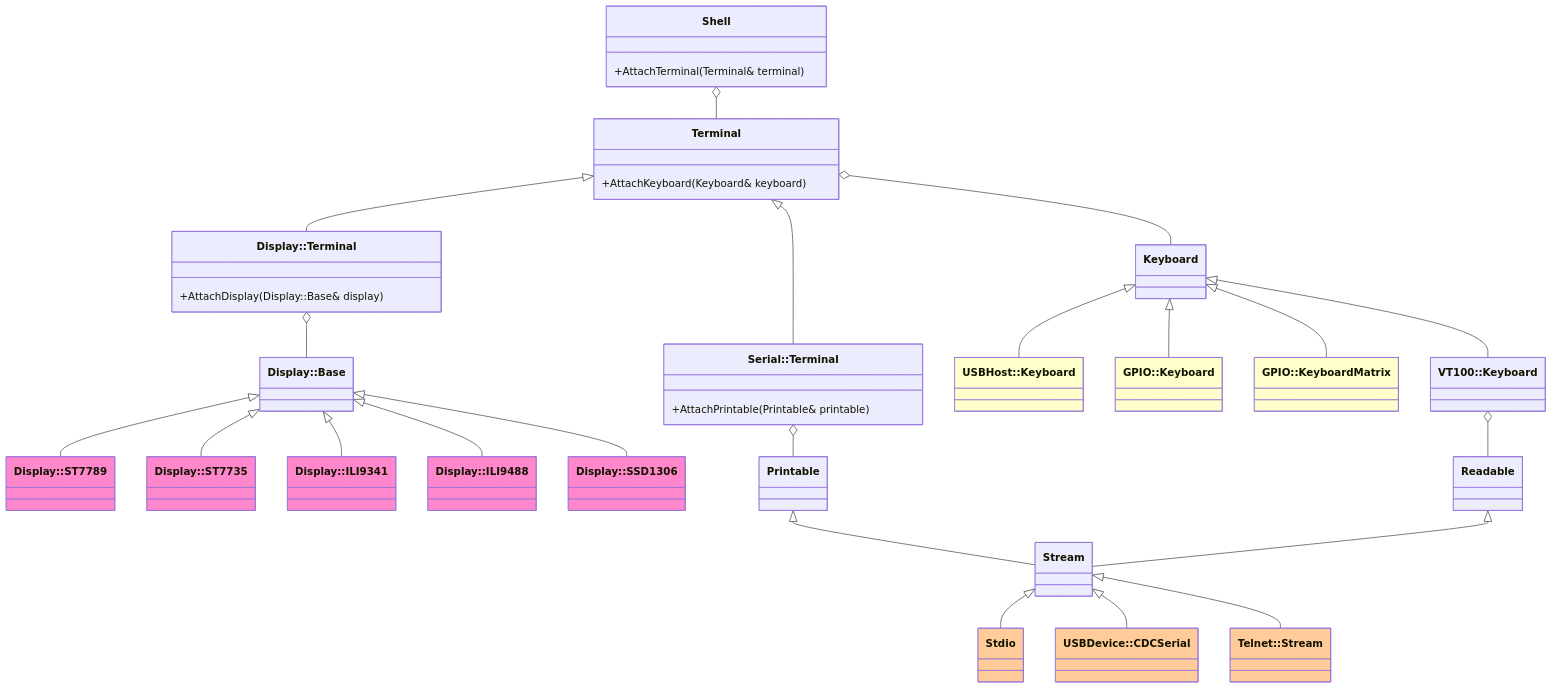
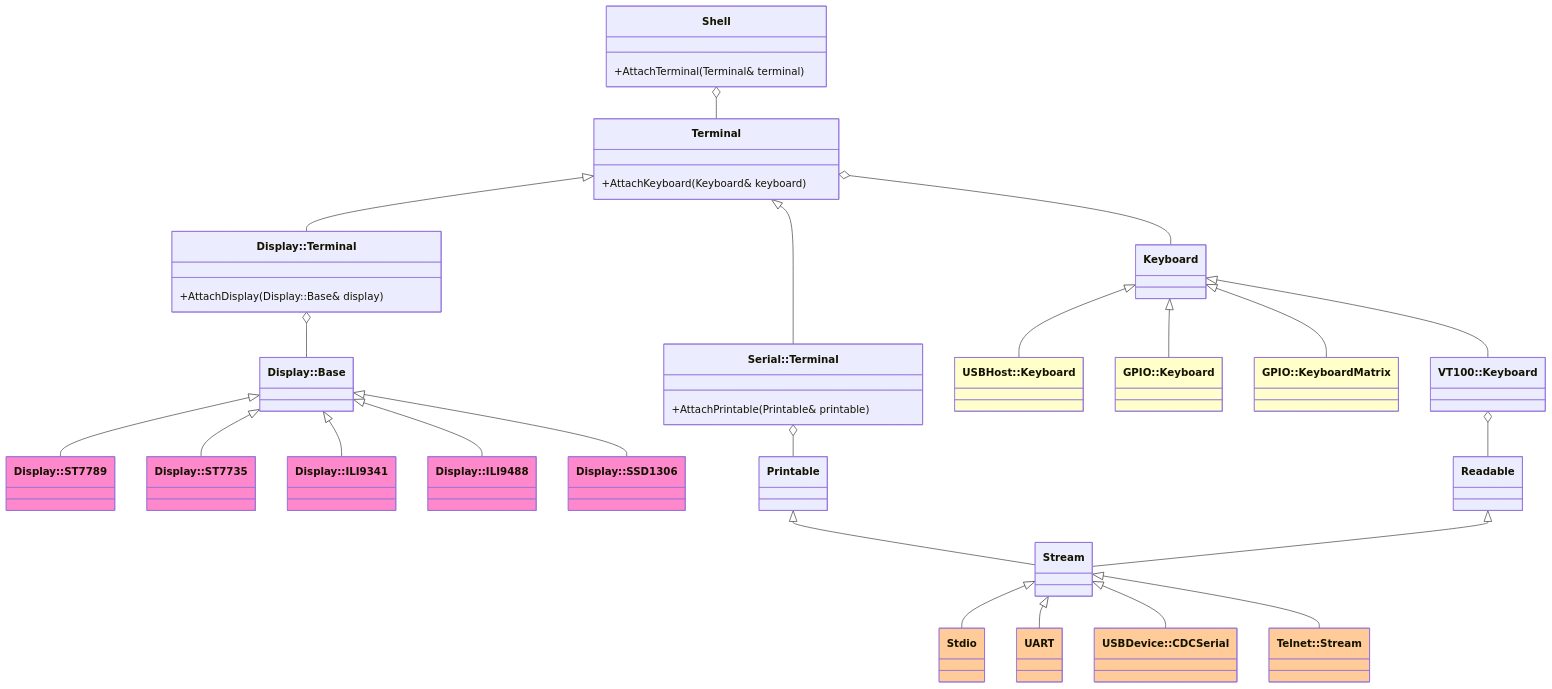
The diagram in docs/library/shell/index.md (ypsitau/pico-jxglib), drawn with Mermaid before and after one commit. The commit also changed 1 other file, not shown here.

Commit message:
updating documents

````diff
--- a/docs/library/shell/index.md
+++ b/docs/library/shell/index.md
@@ -9,53 +9,55 @@
 ```mermaid
 classDiagram
   class Shell {
     +AttachTerminal(Terminal& terminal)
   }
   class Terminal {
     +AttachKeyboard(Keyboard& keyboard)
   }
   class Serial_Terminal["Serial::Terminal"] {
     +AttachPrintable(Printable& printable)
   }
   class Display_Terminal["Display::Terminal"] {
     +AttachDisplay(Display::Base& display)
   }
   class Keyboard
   class VT100_Keyboard["VT100::Keyboard"]
   class USBHost_Keyboard["USBHost::Keyboard"]:::Class_Input
   class GPIO_Keyboard["GPIO::Keyboard"]:::Class_Input
   class GPIO_KeyboardMatrix["GPIO::KeyboardMatrix"]:::Class_Input
   class Stdio:::Class_Both
+  class UART:::Class_Both
   class USBDevice_CDCSerial["USBDevice::CDCSerial"]:::Class_Both
   class Telnet_Stream["Telnet::Stream"]:::Class_Both
   class Display_Base["Display::Base"]
   class Display_ST7789["Display::ST7789"]:::Class_Output
   class Display_ST7735["Display::ST7735"]:::Class_Output
   class Display_ILI9341["Display::ILI9341"]:::Class_Output
   class Display_ILI9488["Display::ILI9488"]:::Class_Output
   class Display_SSD1306["Display::SSD1306"]:::Class_Output
   classDef Class_Input fill:#ffc
   classDef Class_Output fill:#f8c
   classDef Class_Both fill:#fc9
   Shell o-- Terminal
   Terminal <|-- Serial_Terminal
   Terminal <|-- Display_Terminal
   Terminal o-- Keyboard
   Keyboard <|-- VT100_Keyboard
   Keyboard <|-- USBHost_Keyboard
   Keyboard <|-- GPIO_Keyboard
   Keyboard <|-- GPIO_KeyboardMatrix
   Serial_Terminal o-- Printable
   Display_Terminal o-- Display_Base
   VT100_Keyboard o-- Readable
   Printable <|-- Stream
   Readable <|-- Stream
   Stream <|-- Stdio
+  Stream <|-- UART
   Stream <|-- USBDevice_CDCSerial
   Stream <|-- Telnet_Stream
   Display_Base <|-- Display_ST7789
   Display_Base <|-- Display_ST7735
   Display_Base <|-- Display_ILI9341
   Display_Base <|-- Display_ILI9488
   Display_Base <|-- Display_SSD1306
 ```
````
